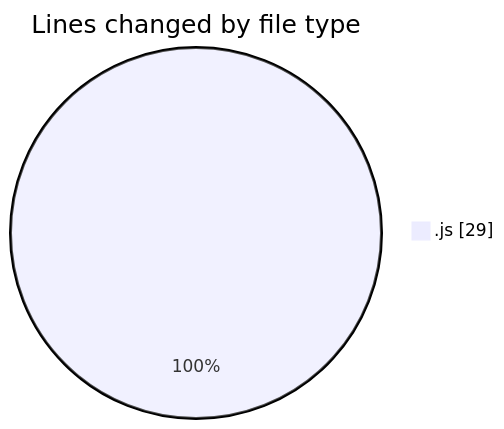
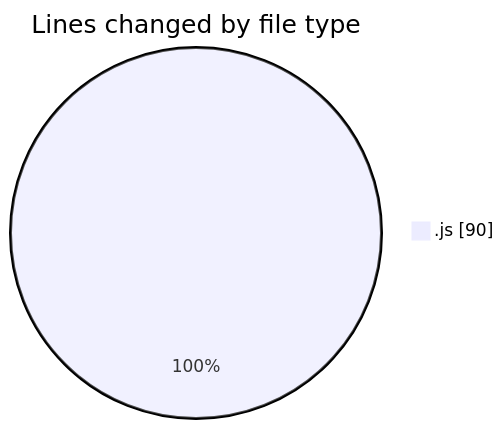
The first of 2 diagrams in 2025-06-21/horizon/README.md (vahidmafi/code-tracking), drawn with Mermaid before and after one commit. The commit also changed other lines of this file and 1 other file, not shown here.

````diff
--- a/2025-06-21/horizon/README.md
+++ b/2025-06-21/horizon/README.md
@@ -20,5 +20,5 @@
 ```mermaid
 pie showData
 title Lines changed by file type
-".js" : 29
+".js" : 90
 ```
````
